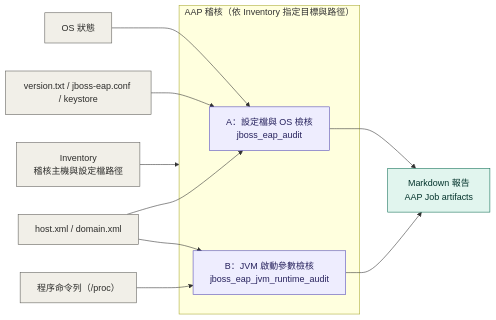
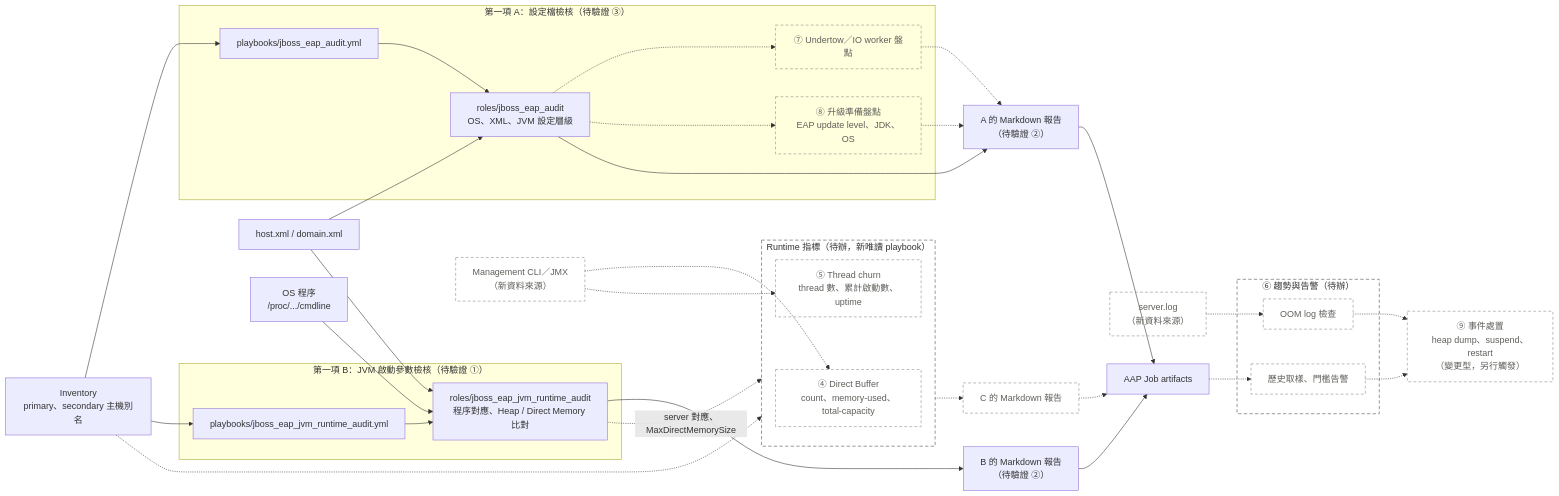
One commit to hazel-shen/jboss-eap-playbooks changed the diagram in README.md. Above: the diagram before and after it, drawn with Mermaid.

Commit message:
Enhance flowchart in README with new audit details
Updated the flowchart to include new elements and subgraphs for AAP audit processes and runtime indicators.

````diff
--- a/README.md
+++ b/README.md
@@ -143,31 +143,63 @@
 ```mermaid
 flowchart LR
-    INV["Inventory<br/>稽核主機與設定檔路徑"]
-    OS["OS 狀態"]
-    CFG["host.xml / domain.xml"]
-    AFILES["version.txt / jboss-eap.conf / keystore"]
-    PROC["程序命令列（/proc）"]
+    I["Inventory<br/>primary、secondary 主機別名"]
+    X["host.xml / domain.xml"]
+    P["OS 程序<br/>/proc/.../cmdline"]
+    MC["Management CLI／JMX<br/>（新資料來源）"]
+    SL["server.log<br/>（新資料來源）"]
 
-    subgraph AUDIT["AAP 稽核（依 Inventory 指定目標與路徑）"]
-        A["A：設定檔與 OS 檢核<br/>jboss_eap_audit"]
-        B["B：JVM 啟動參數檢核<br/>jboss_eap_jvm_runtime_audit"]
+    subgraph A["第一項 A：設定檔檢核（待驗證 ③）"]
+        PA["playbooks/jboss_eap_audit.yml"]
+        RA["roles/jboss_eap_audit<br/>OS、XML、JVM 設定層級"]
+        AU["⑦ Undertow／IO worker 盤點"]
+        AV["⑧ 升級準備盤點<br/>EAP update level、JDK、OS"]
+        PA --> RA
+        RA -.-> AU
+        RA -.-> AV
     end
 
-    OUT["Markdown 報告<br/>AAP Job artifacts"]
+    subgraph B["第一項 B：JVM 啟動參數檢核（待驗證 ①）"]
+        PB["playbooks/jboss_eap_jvm_runtime_audit.yml"]
+        RB["roles/jboss_eap_jvm_runtime_audit<br/>程序對應、Heap / Direct Memory 比對"]
+        PB --> RB
+    end
 
-    INV --> AUDIT
-    OS --> A
-    AFILES --> A
-    CFG --> A & B
-    PROC --> B
-    A --> OUT
-    B --> OUT
+    subgraph C["Runtime 指標（待辦，新唯讀 playbook）"]
+        DB["④ Direct Buffer<br/>count、memory-used、total-capacity"]
+        TC["⑤ Thread churn<br/>thread 數、累計啟動數、uptime"]
+    end
 
-    classDef source fill:#F1EFE8,stroke:#5F5E5A,color:#2C2C2A
-    classDef playbook fill:#EEEDFE,stroke:#534AB7,color:#26215C
-    classDef output fill:#E1F5EE,stroke:#0F6E56,color:#04342C
+    I --> PA
+    I --> PB
+    I -.-> C
+    X --> RA
+    X --> RB
+    P --> RB
+    MC -.-> DB
+    MC -.-> TC
+    RB -.->|"server 對應、MaxDirectMemorySize"| C
 
-    class INV,OS,CFG,AFILES,PROC source
-    class A,B playbook
-    class OUT output
+    RA --> OA["A 的 Markdown 報告<br/>（待驗證 ②）"]
+    AU -.-> OA
+    AV -.-> OA
+    RB --> OB["B 的 Markdown 報告<br/>（待驗證 ②）"]
+    C -.-> OC["C 的 Markdown 報告"]
+    OA --> API["AAP Job artifacts"]
+    OB --> API
+    OC -.-> API
+
+    subgraph TR["⑥ 趨勢與告警（待辦）"]
+        HIS["歷史取樣、門檻告警"]
+        LOG["OOM log 檢查"]
+    end
+
+    API -.-> HIS
+    SL -.-> LOG
+    HIS -.-> EV["⑨ 事件處置<br/>heap dump、suspend、restart<br/>（變更型，另行觸發）"]
+    LOG -.-> EV
+
+    classDef todo fill:transparent,stroke:#888780,stroke-dasharray:5 4,color:#5F5E5A
+    class MC,SL,AU,AV,DB,TC,OC,HIS,LOG,EV todo
+    style C fill:transparent,stroke:#888780,stroke-width:1.5px,stroke-dasharray:6 4
+    style TR fill:transparent,stroke:#888780,stroke-width:1.5px,stroke-dasharray:6 4
 ```
````
